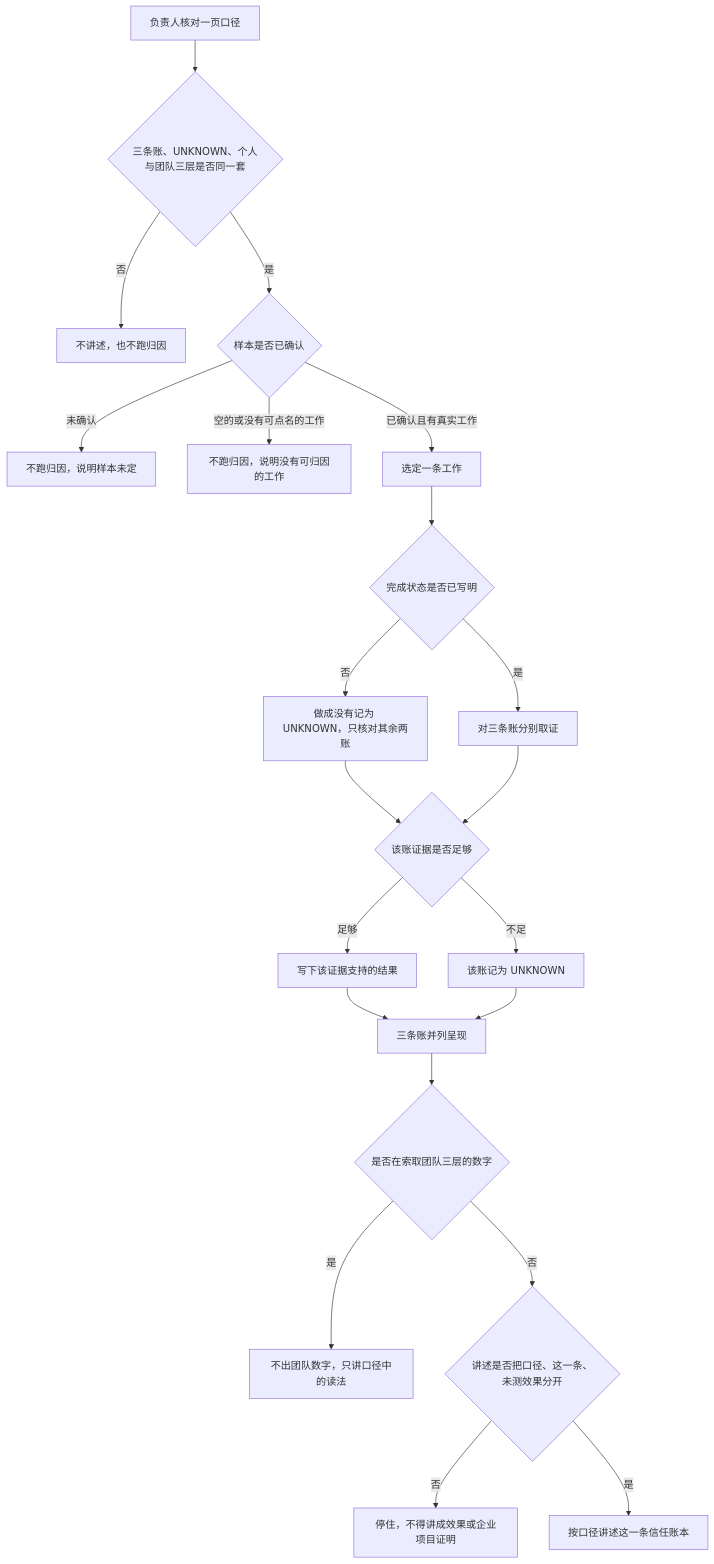
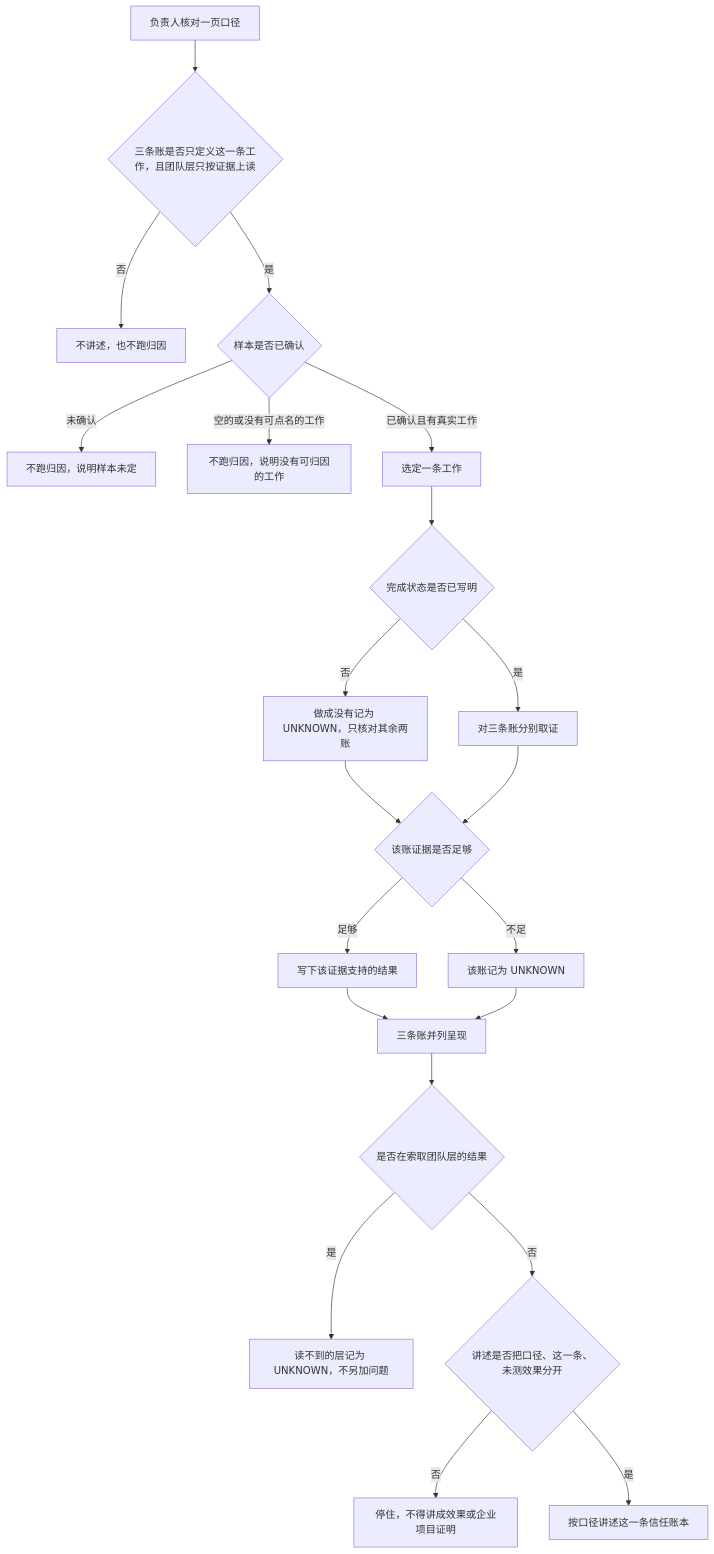
The diagram in docs/ai-native-度量-产品规格.md (Izelzzz/izel-ai-native), drawn with Mermaid before and after one commit. The commit also changed other lines of this file, not shown here.

````diff
--- a/docs/ai-native-度量-产品规格.md
+++ b/docs/ai-native-度量-产品规格.md
@@ -30,23 +30,23 @@
 ```mermaid
 flowchart TD
-  A[负责人核对一页口径] --> B{三条账、UNKNOWN、个人与团队三层是否同一套}
+  A[负责人核对一页口径] --> B{三条账是否只定义这一条工作，且团队层只按证据上读}
   B -->|否| C[不讲述，也不跑归因]
   B -->|是| D{样本是否已确认}
   D -->|未确认| E[不跑归因，说明样本未定]
   D -->|空的或没有可点名的工作| F[不跑归因，说明没有可归因的工作]
   D -->|已确认且有真实工作| G[选定一条工作]
   G --> R{完成状态是否已写明}
   R -->|否| S[做成没有记为 UNKNOWN，只核对其余两账]
   R -->|是| H[对三条账分别取证]
   S --> I{该账证据是否足够}
   H --> I
   I -->|足够| J[写下该证据支持的结果]
   I -->|不足| K[该账记为 UNKNOWN]
   J --> L[三条账并列呈现]
   K --> L
-  L --> M{是否在索取团队三层的数字}
-  M -->|是| N[不出团队数字，只讲口径中的读法]
+  L --> M{是否在索取团队层的结果}
+  M -->|是| N[读不到的层记为 UNKNOWN，不另加问题]
   M -->|否| O{讲述是否把口径、这一条、未测效果分开}
   O -->|否| P[停住，不得讲成效果或企业项目证明]
   O -->|是| Q[按口径讲述这一条信任账本]
 ```
````
